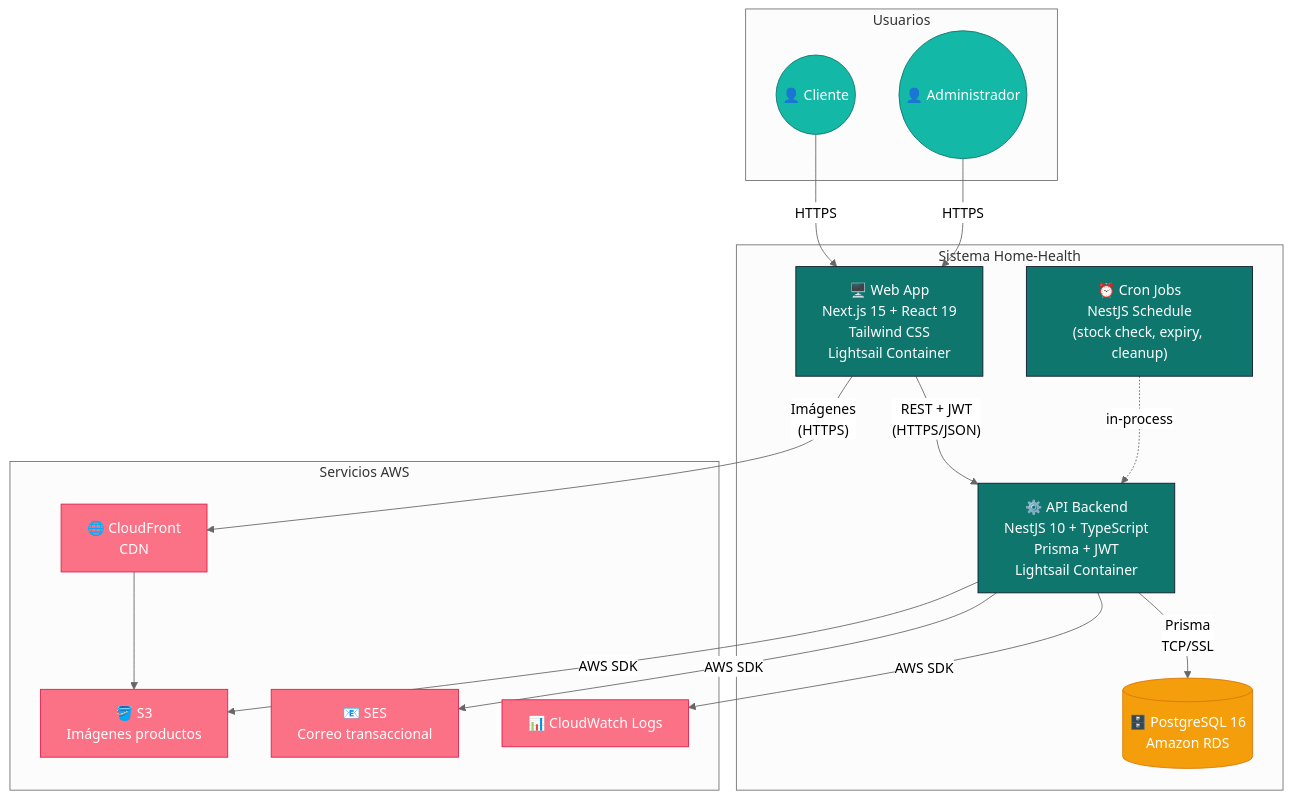
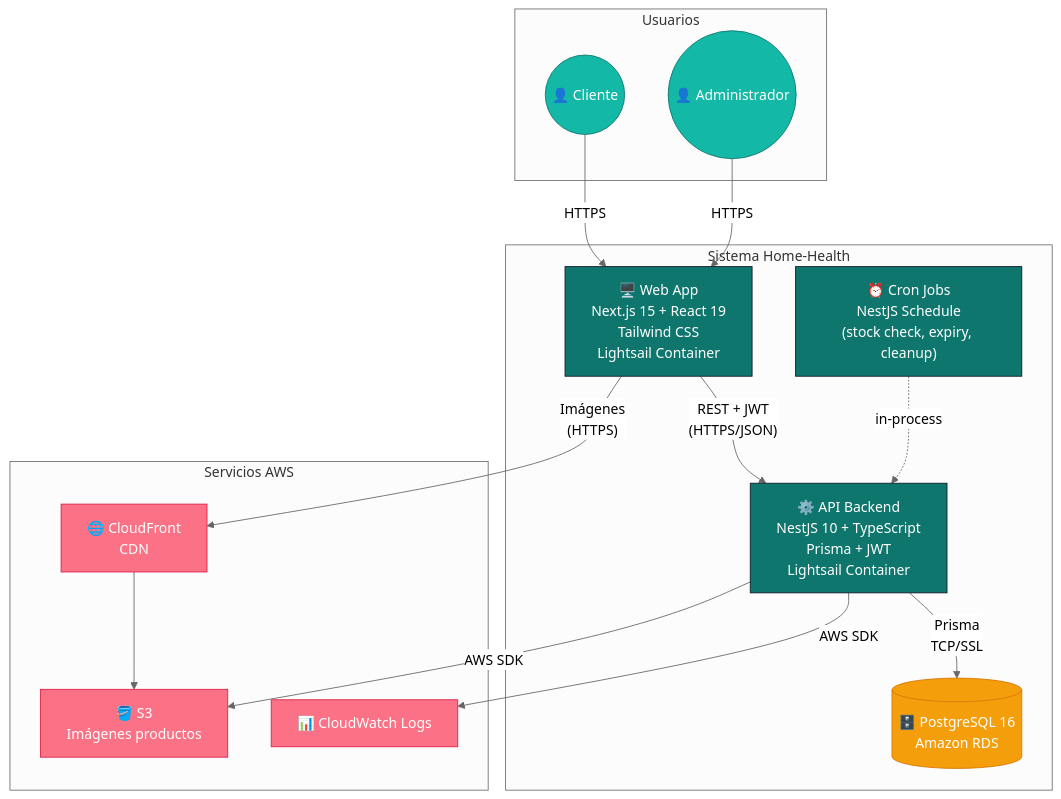
Before and after one commit to SEBBAS-5pg/Home-Health: the second of 4 diagrams in docs/03-arquitectura/diagramas-C4.md, drawn with Mermaid (neutral theme). The commit also changed other lines of this file and 108 other files, not shown here.

````diff
--- a/docs/03-arquitectura/diagramas-C4.md
+++ b/docs/03-arquitectura/diagramas-C4.md
@@ -113,41 +108,39 @@
 ```mermaid
 flowchart TB
     subgraph Users["Usuarios"]
         Cliente(("👤 Cliente"))
         Admin(("👤 Administrador"))
     end
 
     subgraph HH["Sistema Home-Health"]
         Web["🖥️ Web App<br/>Next.js 15 + React 19<br/>Tailwind CSS<br/>Lightsail Container"]
         API["⚙️ API Backend<br/>NestJS 10 + TypeScript<br/>Prisma + JWT<br/>Lightsail Container"]
         DB[("🗄️ PostgreSQL 16<br/>Amazon RDS")]
         Cron["⏰ Cron Jobs<br/>NestJS Schedule<br/>(stock check, expiry, cleanup)"]
     end
 
     subgraph AWS["Servicios AWS"]
         S3["🪣 S3<br/>Imágenes productos"]
         CF["🌐 CloudFront<br/>CDN"]
-        SES["📧 SES<br/>Correo transaccional"]
         CW["📊 CloudWatch Logs"]
     end
 
     Cliente -->|"HTTPS"| Web
     Admin -->|"HTTPS"| Web
     Web -->|"REST + JWT<br/>(HTTPS/JSON)"| API
     Web -->|"Imágenes<br/>(HTTPS)"| CF
     CF --> S3
     API -->|"Prisma<br/>TCP/SSL"| DB
     API -->|"AWS SDK"| S3
-    API -->|"AWS SDK"| SES
     API -->|"AWS SDK"| CW
     Cron -.->|"in-process"| API
 
     classDef person fill:#14B8A6,stroke:#0F766E,color:#fff
     classDef container fill:#0F766E,stroke:#0F172A,color:#fff
     classDef db fill:#F59E0B,stroke:#D97706,color:#fff
     classDef aws fill:#FB7185,stroke:#E11D48,color:#fff
     class Cliente,Admin person
     class Web,API,Cron container
     class DB db
-    class S3,CF,SES,CW aws
+    class S3,CF,CW aws
 ```
````
